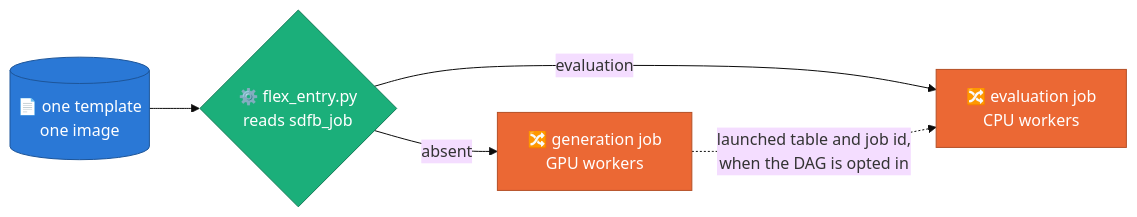
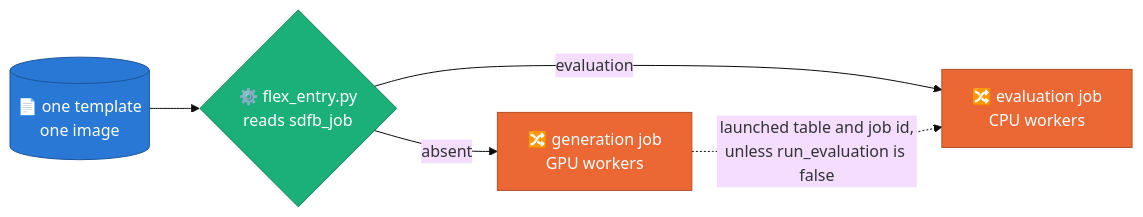
One commit to albertols/synthetic-llm-dataflow-bigquery changed the tenth of 12 diagrams in docs/DESIGN.md. Above: the diagram before and after it, drawn with Mermaid (base theme). The commit also changed other lines of this file and 10 other files, not shown here.

First line of the commit message:
feat(composer): a run of the generation DAG evaluates itself by default

````diff
--- a/docs/DESIGN.md
+++ b/docs/DESIGN.md
@@ -588,12 +588,12 @@
 ```mermaid
 flowchart LR
   classDef beam  fill:#eb6834,color:#fff,stroke:#b44f26
   classDef cpu   fill:#1baf7a,color:#fff,stroke:#127a55
   classDef store fill:#2a78d6,color:#fff,stroke:#1d5599
   classDef data  fill:#6b7280,color:#fff,stroke:#4b5563
 
   T[("📄 one template<br/>one image")]:::store --> E{"⚙️ flex_entry.py<br/>reads sdfb_job"}:::cpu
   E -- "absent" --> G["🔀 generation job<br/>GPU workers"]:::beam
   E -- "evaluation" --> V["🔀 evaluation job<br/>CPU workers"]:::beam
-  G -. "launched table and job id,<br/>when the DAG is opted in" .-> V
+  G -. "launched table and job id,<br/>unless run_evaluation is false" .-> V
 ```
````
